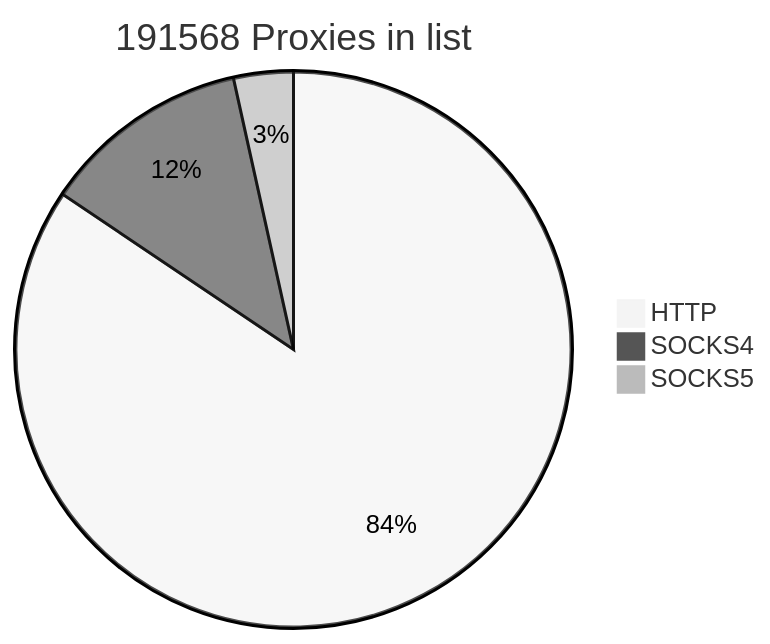
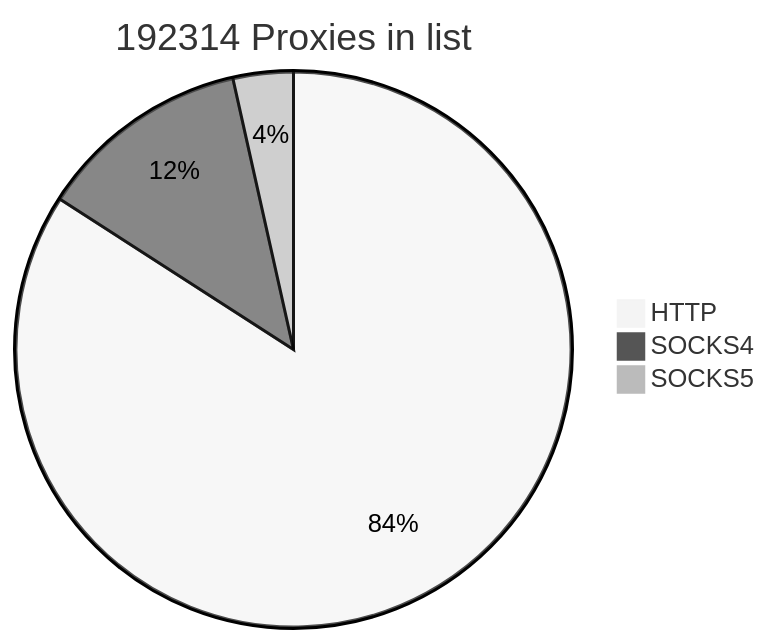
The first of 2 diagrams in README.md (cutipu/proxylist), drawn with Mermaid (neutral theme) before and after one commit. The commit also changed other lines of this file, not shown here.

````diff
--- a/README.md
+++ b/README.md
@@ -2,7 +2,7 @@
 ```mermaid
-pie title 191568 Proxies in list
-    "HTTP" : 161728
-    "SOCKS4" : 23199
-    "SOCKS5" : 6641
+pie title 192314 Proxies in list
+    "HTTP" : 161750
+    "SOCKS4" : 23829
+    "SOCKS5" : 6735
             
 ```
````
